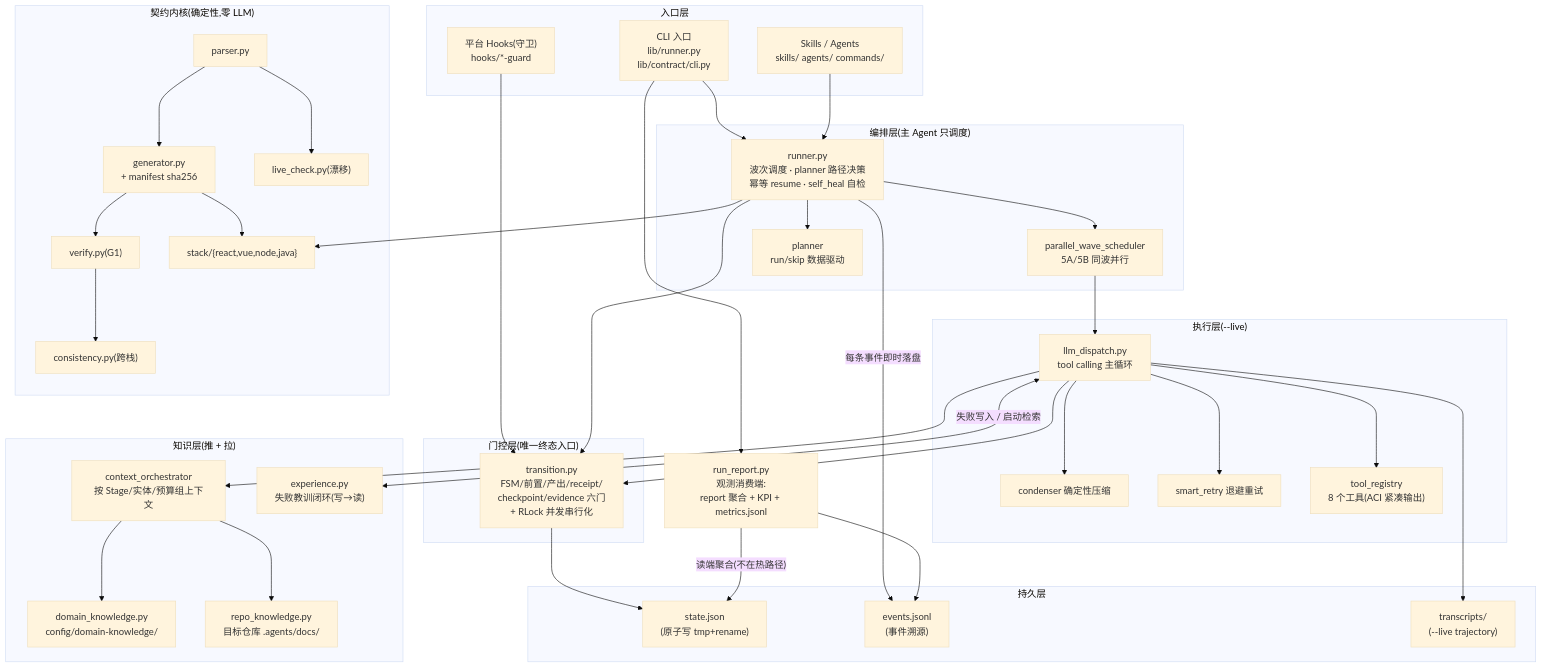
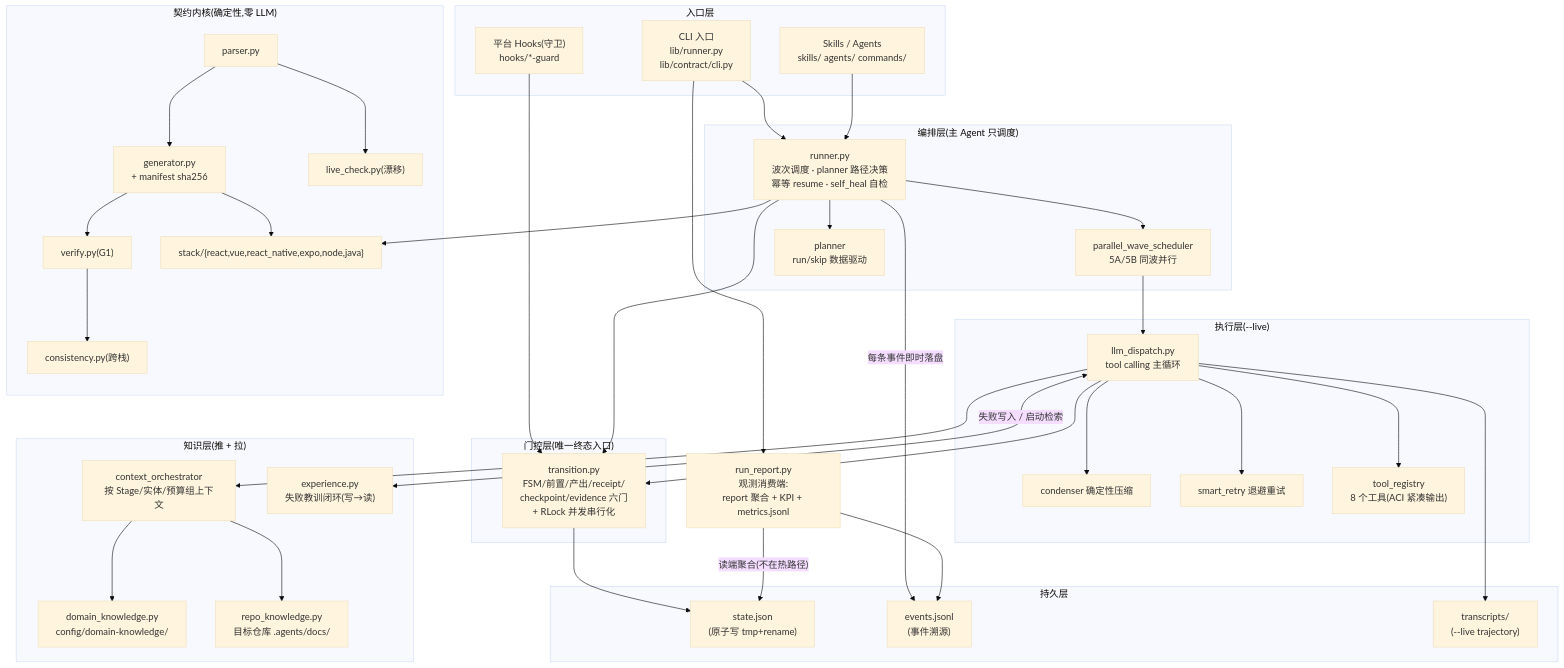
One commit to wenjun5204/fe-be-contract-harness changed the first of 6 diagrams in docs/ARCHITECTURE.md. Above: the diagram before and after it, drawn with Mermaid (base theme). The commit also changed other lines of this file and 29 other files, not shown here.

First line of the commit message:
feat: React Native / Expo 全流程支持 —— 第 5/6 栈接入

````diff
--- a/docs/ARCHITECTURE.md
+++ b/docs/ARCHITECTURE.md
@@ -10,75 +10,75 @@
 ```mermaid
 flowchart TB
     subgraph 入口层
         CLI["CLI 入口<br/>lib/runner.py<br/>lib/contract/cli.py"]
         Hooks["平台 Hooks(守卫)<br/>hooks/*-guard"]
         Skills["Skills / Agents<br/>skills/ agents/ commands/"]
     end
 
     subgraph 编排层["编排层(主 Agent 只调度)"]
         Runner["runner.py<br/>波次调度 · planner 路径决策<br/>幂等 resume · self_heal 自检"]
         PWS["parallel_wave_scheduler<br/>5A/5B 同波并行"]
         Planner["planner<br/>run/skip 数据驱动"]
     end
 
     subgraph 执行层["执行层(--live)"]
         Dispatch["llm_dispatch.py<br/>tool calling 主循环"]
         Condenser["condenser 确定性压缩"]
         Retry["smart_retry 退避重试"]
         Tools["tool_registry<br/>8 个工具(ACI 紧凑输出)"]
     end
 
     subgraph 门控层["门控层(唯一终态入口)"]
         Transition["transition.py<br/>FSM/前置/产出/receipt/<br/>checkpoint/evidence 六门<br/>+ RLock 并发串行化"]
     end
 
     subgraph 知识层["知识层(推 + 拉)"]
         CtxOrch["context_orchestrator<br/>按 Stage/实体/预算组上下文"]
         DomainKB["domain_knowledge.py<br/>config/domain-knowledge/"]
         RepoKB["repo_knowledge.py<br/>目标仓库 .agents/docs/"]
         Exp["experience.py<br/>失败教训闭环(写→读)"]
     end
 
     subgraph 契约内核["契约内核(确定性,零 LLM)"]
         Parser["parser.py"]
         Gen["generator.py<br/>+ manifest sha256"]
         Verify["verify.py(G1)"]
         Cons["consistency.py(跨栈)"]
         Drift["live_check.py(漂移)"]
-        Stacks["stack/{react,vue,node,java}"]
+        Stacks["stack/{react,vue,react_native,expo,node,java}"]
     end
 
     subgraph 持久层
         State["state.json<br/>(原子写 tmp+rename)"]
         Events["events.jsonl<br/>(事件溯源)"]
         Transcripts["transcripts/<br/>(--live trajectory)"]
     end
 
     RunReport["run_report.py<br/>观测消费端:<br/>report 聚合 + KPI + metrics.jsonl"]
 
     CLI --> Runner
     CLI --> RunReport
     Hooks --> Transition
     Skills --> Runner
     Runner --> PWS --> Dispatch
     Runner --> Planner
     Runner --> Stacks
     Runner --> Transition
     Dispatch --> Condenser
     Dispatch --> Retry
     Dispatch --> Tools
     Dispatch --> CtxOrch
     Dispatch --> Transition
     CtxOrch --> DomainKB
     CtxOrch --> RepoKB
     Dispatch <-->|"失败写入 / 启动检索"| Exp
     Parser --> Gen --> Verify
     Gen --> Stacks
     Verify --> Cons
     Parser --> Drift
     Transition --> State
     Runner -->|"每条事件即时落盘"| Events
     Dispatch --> Transcripts
     RunReport -->|"读端聚合(不在热路径)"| State
     RunReport --> Events
 ```
````
